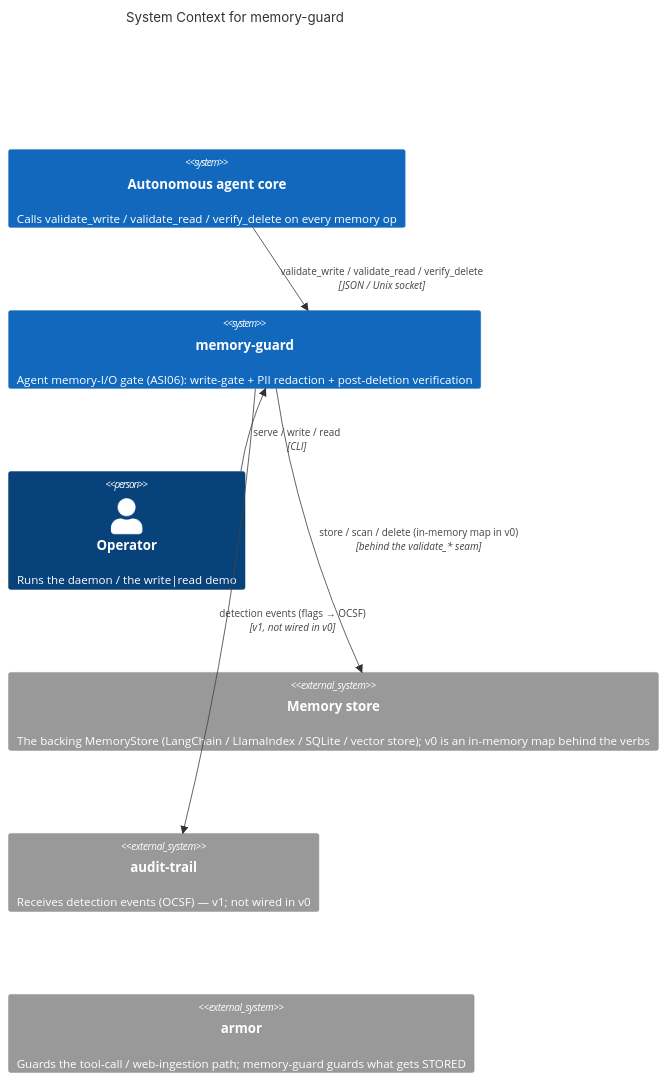
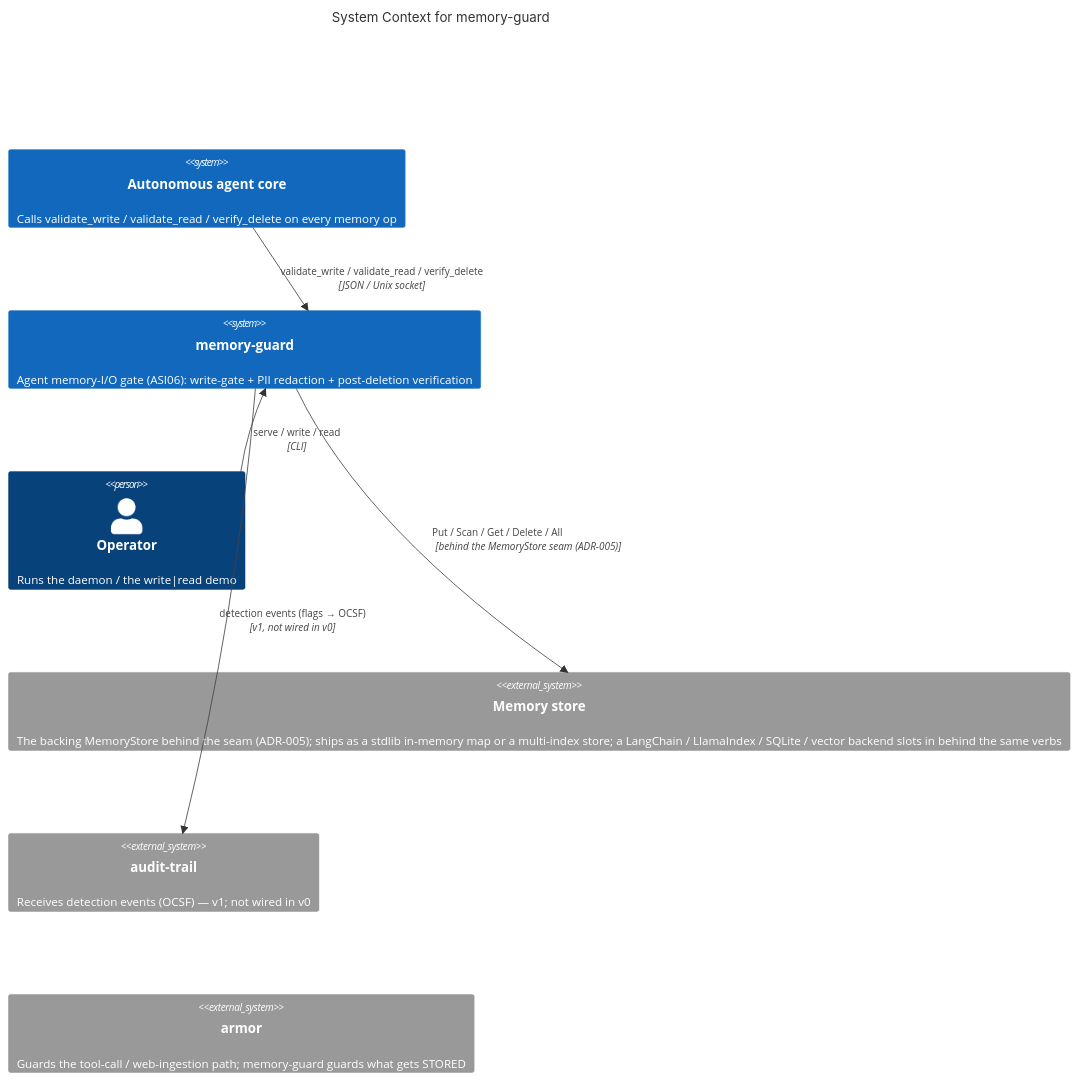
Before and after one commit to tkdtaylor/memory-guard: the first of 3 diagrams in docs/architecture/diagrams.md, drawn with Mermaid. The commit also changed other lines of this file and 8 other files, not shown here.

Commit message:
feat: complete task 006 — MemoryStore seam + stdlib second adapter

````diff
--- a/docs/architecture/diagrams.md
+++ b/docs/architecture/diagrams.md
@@ -22,17 +24,17 @@
 ```mermaid
 C4Context
     title System Context for memory-guard
 
     System(agent, "Autonomous agent core", "Calls validate_write / validate_read / verify_delete on every memory op")
     System(memguard, "memory-guard", "Agent memory-I/O gate (ASI06): write-gate + PII redaction + post-deletion verification")
     Person(operator, "Operator", "Runs the daemon / the write|read demo")
 
-    System_Ext(store, "Memory store", "The backing MemoryStore (LangChain / LlamaIndex / SQLite / vector store); v0 is an in-memory map behind the verbs")
+    System_Ext(store, "Memory store", "The backing MemoryStore behind the seam (ADR-005); ships as a stdlib in-memory map or a multi-index store; a LangChain / LlamaIndex / SQLite / vector backend slots in behind the same verbs")
     System_Ext(audit, "audit-trail", "Receives detection events (OCSF) — v1; not wired in v0")
     System_Ext(armor, "armor", "Guards the tool-call / web-ingestion path; memory-guard guards what gets STORED")
 
     Rel(agent, memguard, "validate_write / validate_read / verify_delete", "JSON / Unix socket")
     Rel(operator, memguard, "serve / write / read", "CLI")
-    Rel(memguard, store, "store / scan / delete (in-memory map in v0)", "behind the validate_* seam")
+    Rel(memguard, store, "Put / Scan / Get / Delete / All", "behind the MemoryStore seam (ADR-005)")
     Rel(memguard, audit, "detection events (flags → OCSF)", "v1, not wired in v0")
 ```
````
